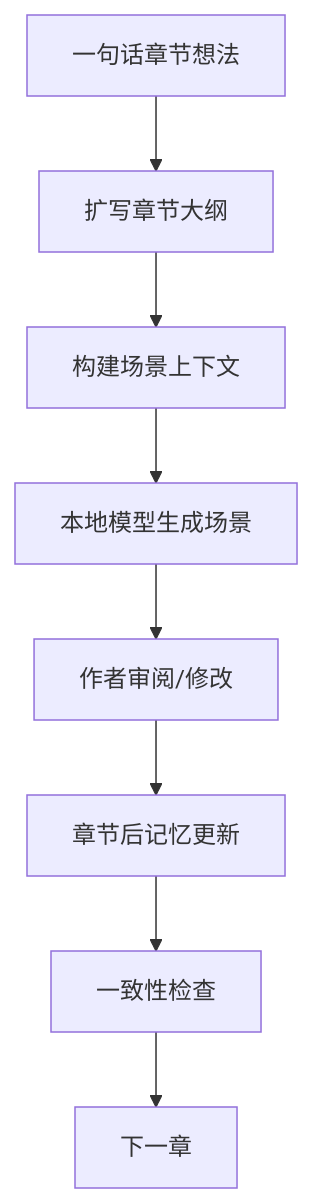
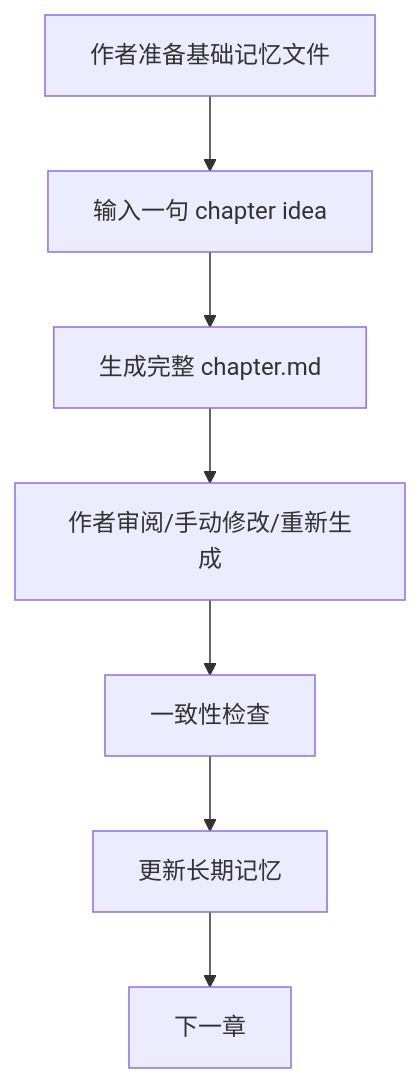
Before and after one commit to DuckTraDo/Novel: the diagram in README.md, drawn with Mermaid. The commit also changed other lines of this file and 12 other files, not shown here.

````diff
--- a/README.md
+++ b/README.md
@@ -44,10 +22,9 @@
 ```mermaid
 flowchart TD
-    A[一句话章节想法] --> B[扩写章节大纲]
-    B --> C[构建场景上下文]
-    C --> D[本地模型生成场景]
-    D --> E[作者审阅/修改]
-    E --> F[章节后记忆更新]
-    F --> G[一致性检查]
-    G --> H[下一章]
+    A["作者准备基础记忆文件"] --> B["输入一句 chapter idea"]
+    B --> C["生成完整 chapter.md"]
+    C --> D["作者审阅/手动修改/重新生成"]
+    D --> E["一致性检查"]
+    E --> F["更新长期记忆"]
+    F --> G["下一章"]
 ```
````
